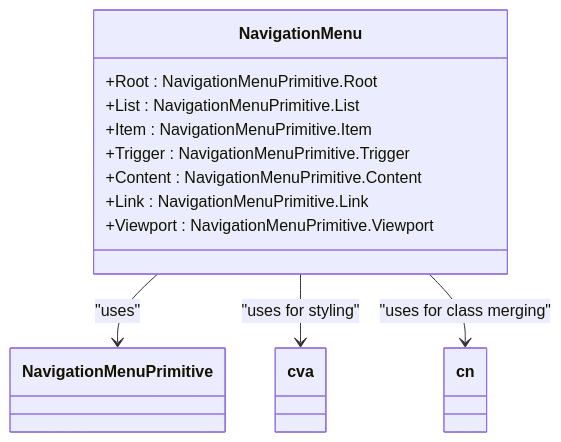
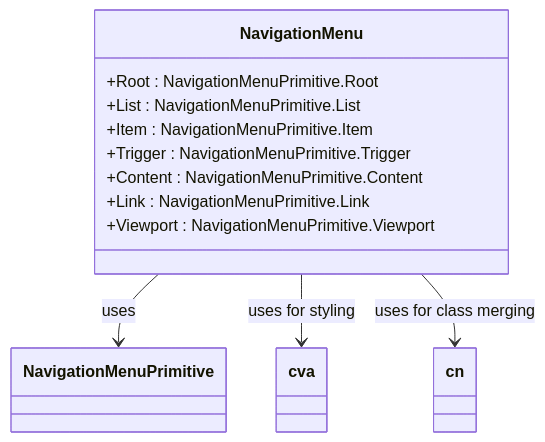
The first of 6 diagrams in .qoder/repowiki/en/content/Component Reference/UI Component Library/Navigation Components.md (mohjak/sc-dof), drawn with Mermaid before and after one commit. The commit also changed other lines of this file and 68 other files, not shown here.

First line of the commit message:
docs(docs): update component architecture docs with markdown formatting fixes

````diff
--- a/.qoder/repowiki/en/content/Component Reference/UI Component Library/Navigation Components.md
+++ b/.qoder/repowiki/en/content/Component Reference/UI Component Library/Navigation Components.md
@@ -47,15 +45,15 @@
 ```mermaid
 classDiagram
 class NavigationMenu {
 +Root : NavigationMenuPrimitive.Root
 +List : NavigationMenuPrimitive.List
 +Item : NavigationMenuPrimitive.Item
 +Trigger : NavigationMenuPrimitive.Trigger
 +Content : NavigationMenuPrimitive.Content
 +Link : NavigationMenuPrimitive.Link
 +Viewport : NavigationMenuPrimitive.Viewport
 }
-NavigationMenu --> NavigationMenuPrimitive : "uses"
-NavigationMenu --> cva : "uses for styling"
-NavigationMenu --> cn : "uses for class merging"
+NavigationMenu --> NavigationMenuPrimitive : uses
+NavigationMenu --> cva : uses for styling
+NavigationMenu --> cn : uses for class merging
 ```
````
